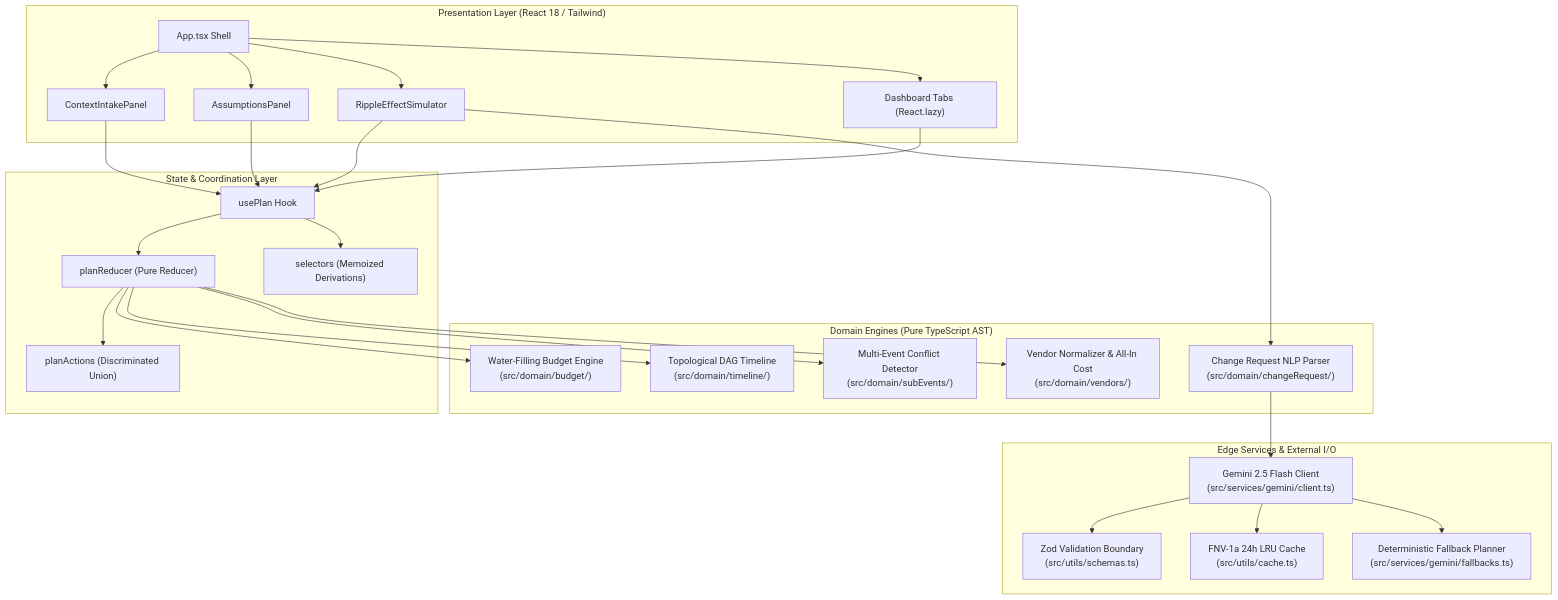
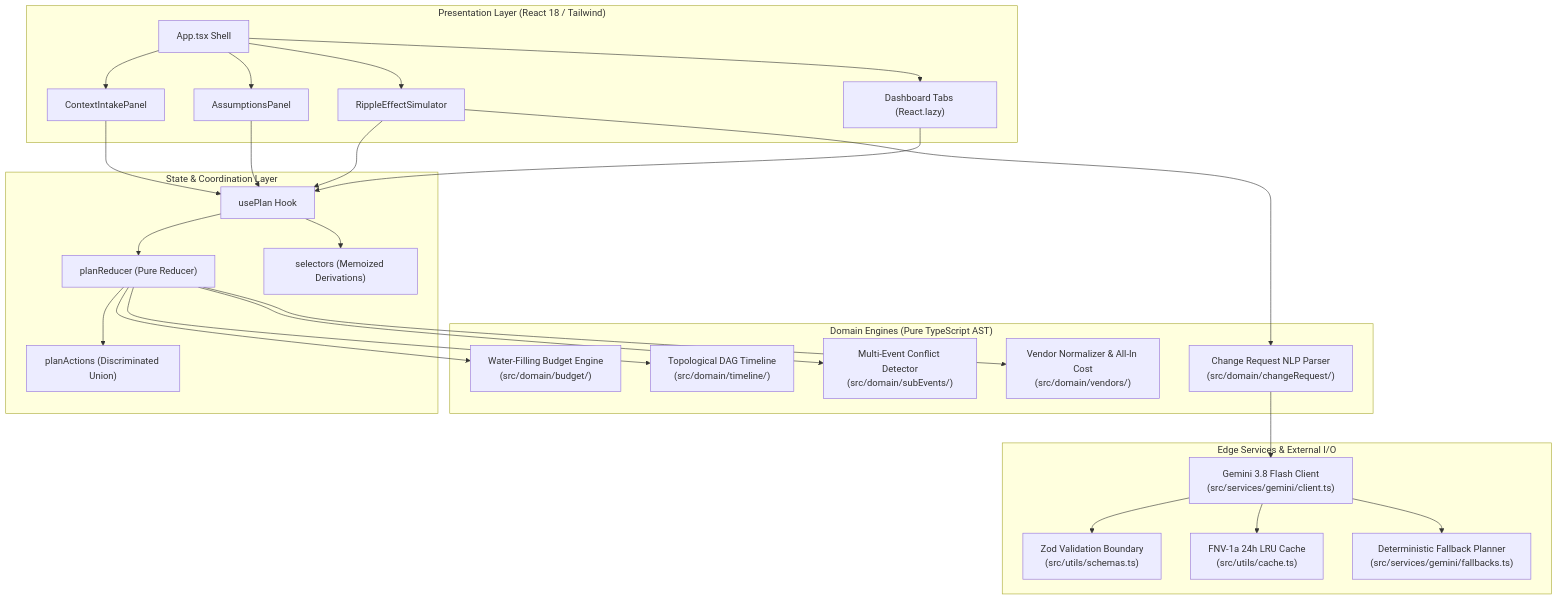
The diagram in docs/ARCHITECTURE.md (pranavg21/utsav-ai), drawn with Mermaid before and after one commit. The commit also changed other lines of this file and 4 other files, not shown here.

Commit message:
docs: align active GenAI capabilities, update architecture and fix max bound error (10.7)

````diff
--- a/docs/ARCHITECTURE.md
+++ b/docs/ARCHITECTURE.md
@@ -5,55 +5,55 @@
 ```mermaid
 flowchart TD
   subgraph Presentation Layer ["Presentation Layer (React 18 / Tailwind)"]
     App["App.tsx Shell"]
     Tabs["Dashboard Tabs (React.lazy)"]
     Intake["ContextIntakePanel"]
     Assumptions["AssumptionsPanel"]
     Simulator["RippleEffectSimulator"]
   end
 
   subgraph State Layer ["State & Coordination Layer"]
     usePlan["usePlan Hook"]
     planReducer["planReducer (Pure Reducer)"]
     planActions["planActions (Discriminated Union)"]
     selectors["selectors (Memoized Derivations)"]
   end
 
   subgraph Domain Engines ["Domain Engines (Pure TypeScript AST)"]
     Budget["Water-Filling Budget Engine\n(src/domain/budget/)"]
     Timeline["Topological DAG Timeline\n(src/domain/timeline/)"]
     SubEvents["Multi-Event Conflict Detector\n(src/domain/subEvents/)"]
     Vendors["Vendor Normalizer & All-In Cost\n(src/domain/vendors/)"]
     ChangeNLP["Change Request NLP Parser\n(src/domain/changeRequest/)"]
   end
 
   subgraph Edge Services ["Edge Services & External I/O"]
-    Gemini["Gemini 2.5 Flash Client\n(src/services/gemini/client.ts)"]
+    Gemini["Gemini 3.8 Flash Client\n(src/services/gemini/client.ts)"]
     Fallbacks["Deterministic Fallback Planner\n(src/services/gemini/fallbacks.ts)"]
     Cache["FNV-1a 24h LRU Cache\n(src/utils/cache.ts)"]
     Schemas["Zod Validation Boundary\n(src/utils/schemas.ts)"]
   end
 
   App --> Intake
   App --> Assumptions
   App --> Simulator
   App --> Tabs
   Tabs --> usePlan
   Intake --> usePlan
   Assumptions --> usePlan
   Simulator --> usePlan
 
   usePlan --> planReducer
   usePlan --> selectors
   planReducer --> planActions
   planReducer --> Budget
   planReducer --> Timeline
   planReducer --> SubEvents
   planReducer --> Vendors
 
   Simulator --> ChangeNLP
   ChangeNLP --> Gemini
   Gemini --> Schemas
   Gemini --> Cache
   Gemini --> Fallbacks
 ```
````
